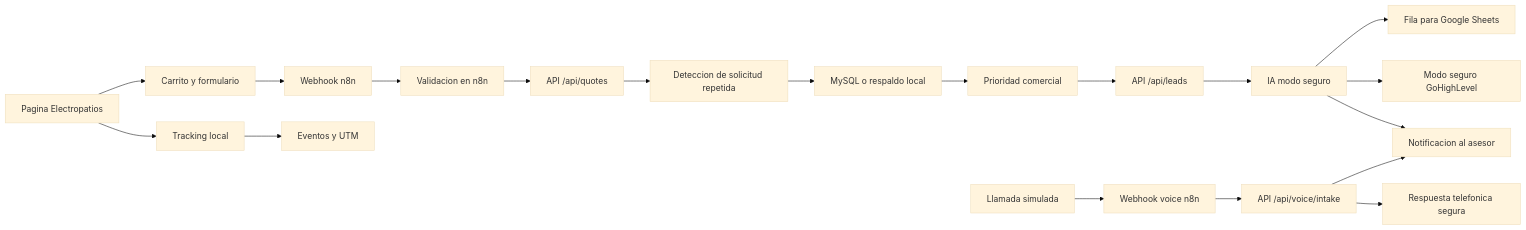
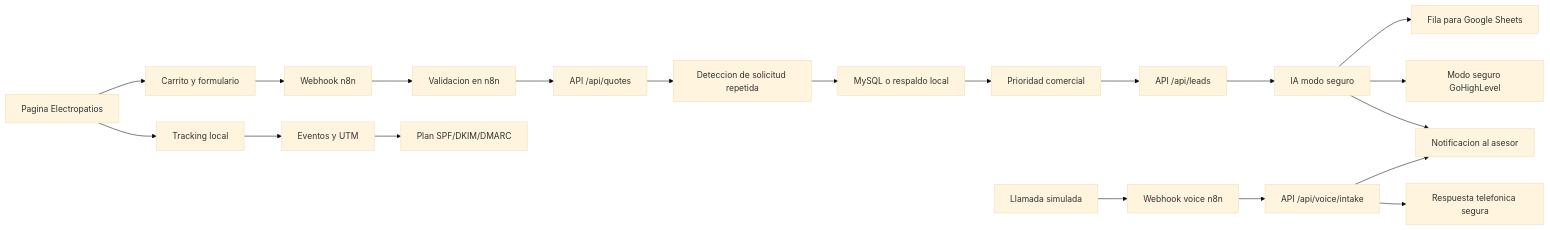
Before and after one commit to deyson24ivan/electropatios-quote-system: the diagram in README.md, drawn with Mermaid (base theme). The commit also changed other lines of this file and 10 other files, not shown here.

````diff
--- a/README.md
+++ b/README.md
@@ -171,21 +183,22 @@
 ```mermaid
 flowchart LR
   A["Pagina Electropatios"] --> B["Carrito y formulario"]
   B --> C["Webhook n8n"]
   C --> D["Validacion en n8n"]
   D --> E["API /api/quotes"]
   E --> F["Deteccion de solicitud repetida"]
   F --> G["MySQL o respaldo local"]
   G --> H["Prioridad comercial"]
   H --> I["API /api/leads"]
   I --> J["IA modo seguro"]
   J --> K["Fila para Google Sheets"]
   J --> L["Modo seguro GoHighLevel"]
   J --> M["Notificacion al asesor"]
   A --> R["Tracking local"]
   R --> S["Eventos y UTM"]
+  S --> T2["Plan SPF/DKIM/DMARC"]
   N["Llamada simulada"] --> O["Webhook voice n8n"]
   O --> P["API /api/voice/intake"]
   P --> Q["Respuesta telefonica segura"]
   P --> M
 ```
````
